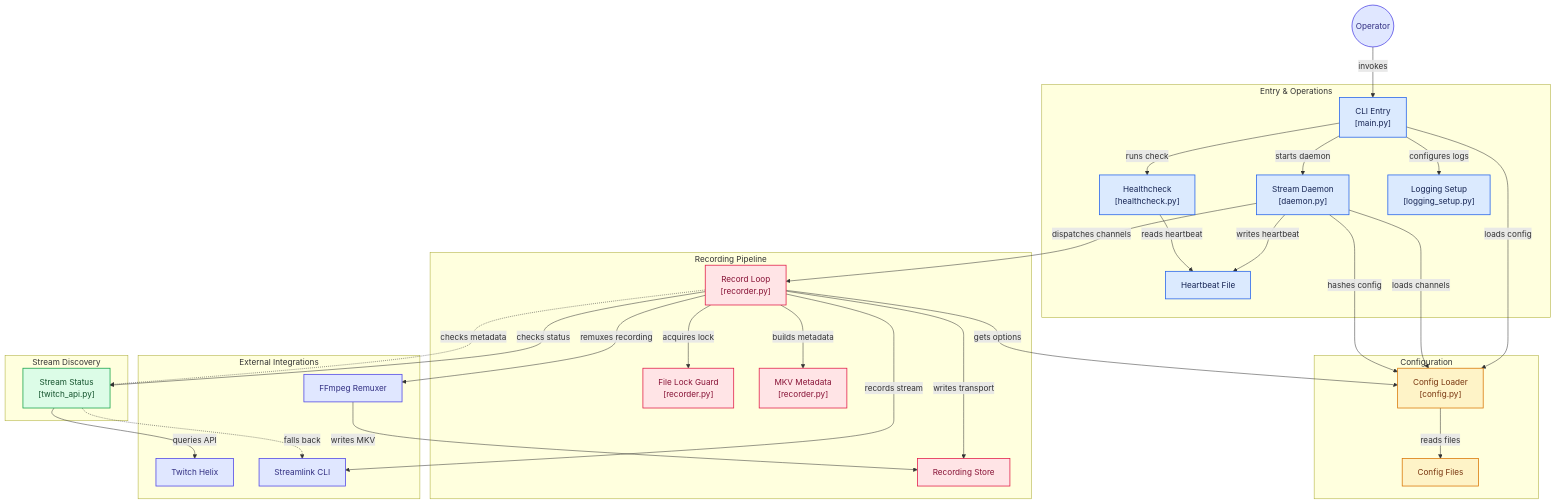
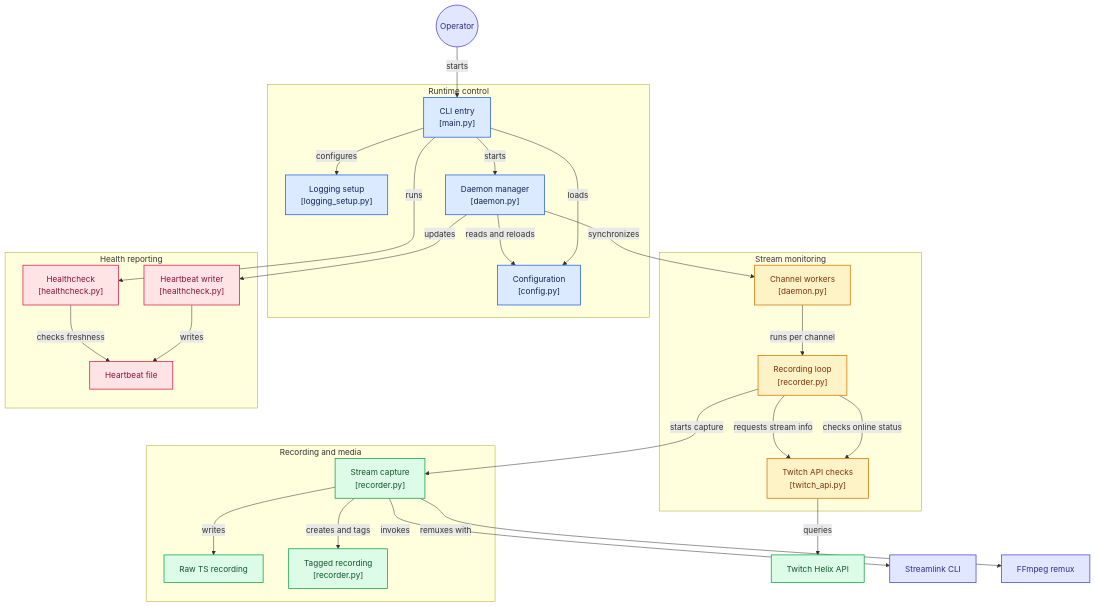
Before and after one commit to chaos7x/tw-recorder: the diagram in ARCHITECTURE.md, drawn with Mermaid.

Commit message:
Refactor architecture diagram and update components (#112)

````diff
--- a/ARCHITECTURE.md
+++ b/ARCHITECTURE.md
@@ -7,81 +7,79 @@
 ```mermaid
+%% Generated by https://gitdiagram.com/chaos7x/tw-recorder
 flowchart TD
 
-subgraph group_entry_ops["Entry &amp; Operations"]
-  node_cli["CLI Entry<br/>[main.py]"]
-  node_daemon["Stream Daemon<br/>[daemon.py]"]
-  node_healthcheck["Healthcheck<br/>[healthcheck.py]"]
-  node_logging["Logging Setup<br/>[logging_setup.py]"]
-  node_heartbeat["Heartbeat File"]
+subgraph group_control["Runtime control"]
+  node_cli["CLI entry<br/>[main.py]"]
+  node_configuration["Configuration<br/>[config.py]"]
+  node_logging["Logging setup<br/>[logging_setup.py]"]
+  node_daemon["Daemon manager<br/>[daemon.py]"]
 end
 
-subgraph group_configuration["Configuration"]
-  node_config_loader["Config Loader<br/>[config.py]"]
-  node_config_files["Config Files"]
+subgraph group_monitor["Stream monitoring"]
+  node_channel_workers["Channel workers<br/>[daemon.py]"]
+  node_recorder_loop["Recording loop<br/>[recorder.py]"]
+  node_twitch_api["Twitch API checks<br/>[twitch_api.py]"]
 end
 
-subgraph group_discovery["Stream Discovery"]
-  node_stream_status["Stream Status<br/>[twitch_api.py]"]
+subgraph group_media["Recording and media"]
+  node_capture["Stream capture<br/>[recorder.py]"]
+  node_raw_recording["Raw TS recording"]
+  node_final_recording["Tagged recording<br/>[recorder.py]"]
 end
 
-subgraph group_recording["Recording Pipeline"]
-  node_stream_recorder["Record Loop<br/>[recorder.py]"]
-  node_lock_guard["File Lock Guard<br/>[recorder.py]"]
-  node_recording_store["Recording Store"]
-  node_output_metadata["MKV Metadata<br/>[recorder.py]"]
-end
-
-subgraph group_external["External Integrations"]
-  node_twitch_helix["Twitch Helix"]
-  node_streamlink["Streamlink CLI"]
-  node_ffmpeg["FFmpeg Remuxer"]
+subgraph group_health["Health reporting"]
+  node_heartbeat["Heartbeat writer<br/>[healthcheck.py]"]
+  node_healthcheck["Healthcheck<br/>[healthcheck.py]"]
+  node_heartbeat_file["Heartbeat file"]
 end
 
 node_operator(("Operator"))
+node_twitch["Twitch Helix API"]
+node_streamlink["Streamlink CLI"]
+node_ffmpeg["FFmpeg remux"]
 
-node_operator -->|"invokes"| node_cli
-node_cli -->|"loads config"| node_config_loader
-node_cli -->|"configures logs"| node_logging
-node_cli -->|"starts daemon"| node_daemon
-node_cli -->|"runs check"| node_healthcheck
-node_daemon -->|"loads channels"| node_config_loader
-node_config_loader -->|"reads files"| node_config_files
-node_daemon -->|"hashes config"| node_config_loader
-node_daemon -->|"dispatches channels"| node_stream_recorder
-node_daemon -->|"writes heartbeat"| node_heartbeat
-node_healthcheck -->|"reads heartbeat"| node_heartbeat
-node_stream_recorder -->|"acquires lock"| node_lock_guard
-node_stream_recorder -->|"gets options"| node_config_loader
-node_stream_recorder -->|"checks status"| node_stream_status
-node_stream_status -->|"queries API"| node_twitch_helix
-node_stream_status -.->|"falls back"| node_streamlink
-node_stream_recorder -->|"records stream"| node_streamlink
-node_stream_recorder -.->|"checks metadata"| node_stream_status
-node_stream_recorder -->|"writes transport"| node_recording_store
-node_stream_recorder -->|"builds metadata"| node_output_metadata
-node_stream_recorder -->|"remuxes recording"| node_ffmpeg
-node_ffmpeg -->|"writes MKV"| node_recording_store
+node_operator -->|"starts"| node_cli
+node_cli -->|"loads"| node_configuration
+node_cli -->|"configures"| node_logging
+node_cli -->|"starts"| node_daemon
+node_cli -->|"runs"| node_healthcheck
+node_daemon -->|"reads and reloads"| node_configuration
+node_daemon -->|"synchronizes"| node_channel_workers
+node_channel_workers -->|"runs per channel"| node_recorder_loop
+node_recorder_loop -->|"checks online status"| node_twitch_api
+node_recorder_loop -->|"requests stream info"| node_twitch_api
+node_twitch_api -->|"queries"| node_twitch
+node_recorder_loop -->|"starts capture"| node_capture
+node_capture -->|"invokes"| node_streamlink
+node_capture -->|"writes"| node_raw_recording
+node_capture -->|"remuxes with"| node_ffmpeg
+node_capture -->|"creates and tags"| node_final_recording
+node_daemon -->|"updates"| node_heartbeat
+node_heartbeat -->|"writes"| node_heartbeat_file
+node_healthcheck -->|"checks freshness"| node_heartbeat_file
 
 click node_cli "https://github.com/chaos7x/tw-recorder/blob/main/src/tw_recorder/main.py"
+click node_configuration "https://github.com/chaos7x/tw-recorder/blob/main/src/tw_recorder/config.py"
+click node_logging "https://github.com/chaos7x/tw-recorder/blob/main/src/tw_recorder/logging_setup.py"
 click node_daemon "https://github.com/chaos7x/tw-recorder/blob/main/src/tw_recorder/daemon.py"
+click node_channel_workers "https://github.com/chaos7x/tw-recorder/blob/main/src/tw_recorder/daemon.py"
+click node_recorder_loop "https://github.com/chaos7x/tw-recorder/blob/main/src/tw_recorder/recorder.py"
+click node_twitch_api "https://github.com/chaos7x/tw-recorder/blob/main/src/tw_recorder/twitch_api.py"
+click node_capture "https://github.com/chaos7x/tw-recorder/blob/main/src/tw_recorder/recorder.py"
+click node_final_recording "https://github.com/chaos7x/tw-recorder/blob/main/src/tw_recorder/recorder.py"
+click node_heartbeat "https://github.com/chaos7x/tw-recorder/blob/main/src/tw_recorder/healthcheck.py"
 click node_healthcheck "https://github.com/chaos7x/tw-recorder/blob/main/src/tw_recorder/healthcheck.py"
-click node_logging "https://github.com/chaos7x/tw-recorder/blob/main/src/tw_recorder/logging_setup.py"
-click node_config_loader "https://github.com/chaos7x/tw-recorder/blob/main/src/tw_recorder/config.py"
-click node_stream_recorder "https://github.com/chaos7x/tw-recorder/blob/main/src/tw_recorder/recorder.py"
-click node_lock_guard "https://github.com/chaos7x/tw-recorder/blob/main/src/tw_recorder/recorder.py"
-click node_stream_status "https://github.com/chaos7x/tw-recorder/blob/main/src/tw_recorder/twitch_api.py"
-click node_output_metadata "https://github.com/chaos7x/tw-recorder/blob/main/src/tw_recorder/recorder.py"
 
 classDef toneNeutral fill:#f8fafc,stroke:#334155,stroke-width:1.5px,color:#0f172a
 classDef toneBlue fill:#dbeafe,stroke:#2563eb,stroke-width:1.5px,color:#172554
 classDef toneAmber fill:#fef3c7,stroke:#d97706,stroke-width:1.5px,color:#78350f
 classDef toneMint fill:#dcfce7,stroke:#16a34a,stroke-width:1.5px,color:#14532d
 classDef toneRose fill:#ffe4e6,stroke:#e11d48,stroke-width:1.5px,color:#881337
 classDef toneIndigo fill:#e0e7ff,stroke:#4f46e5,stroke-width:1.5px,color:#312e81
 classDef toneTeal fill:#ccfbf1,stroke:#0f766e,stroke-width:1.5px,color:#134e4a
-class node_cli,node_daemon,node_healthcheck,node_logging,node_heartbeat toneBlue
-class node_config_loader,node_config_files toneAmber
-class node_stream_status toneMint
-class node_stream_recorder,node_lock_guard,node_recording_store,node_output_metadata toneRose
-class node_twitch_helix,node_streamlink,node_ffmpeg,node_operator toneIndigo
+class node_cli,node_configuration,node_logging,node_daemon toneBlue
+class node_channel_workers,node_recorder_loop,node_twitch_api toneAmber
+class node_capture,node_raw_recording,node_final_recording,node_twitch toneMint
+class node_heartbeat,node_healthcheck,node_heartbeat_file toneRose
+class node_operator,node_streamlink,node_ffmpeg toneIndigo
 ```
````
